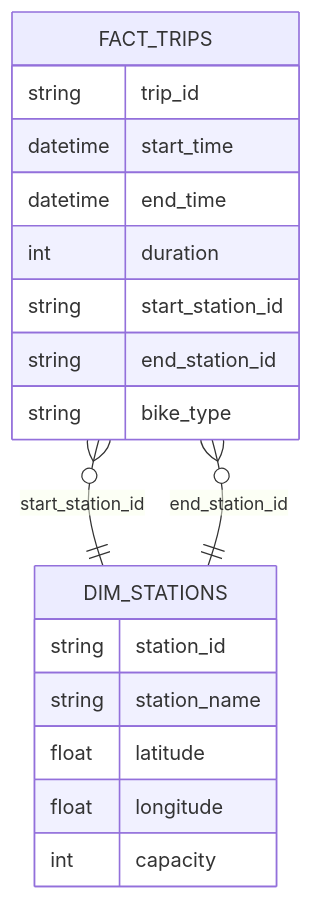
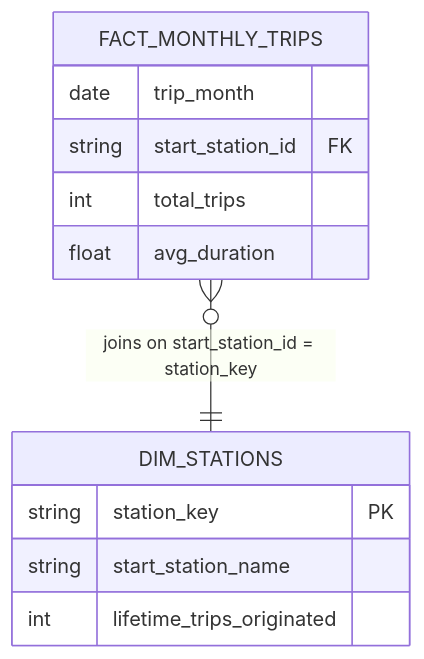
The third of 3 diagrams in README.md (Wali-Mohamed/london-bikes-data-engineering), drawn with Mermaid before and after one commit. The commit also changed other lines of this file, not shown here.

````diff
--- a/README.md
+++ b/README.md
@@ -279,26 +310,20 @@
 ```mermaid
 
 erDiagram
 
-FACT_TRIPS {
-    string trip_id
-    datetime start_time
-    datetime end_time
-    int duration
-    string start_station_id
-    string end_station_id
-    string bike_type
-}
+    FACT_MONTHLY_TRIPS {
+            date trip_month
+            string start_station_id FK
+            int total_trips
+            float avg_duration
+    }
 
-DIM_STATIONS {
-    string station_id
-    string station_name
-    float latitude
-    float longitude
-    int capacity
-}
+    DIM_STATIONS {
+        string station_key PK
+        string start_station_name
+        int lifetime_trips_originated
+    }
 
-FACT_TRIPS }o--|| DIM_STATIONS : start_station_id
-FACT_TRIPS }o--|| DIM_STATIONS : end_station_id
+    FACT_MONTHLY_TRIPS }o--|| DIM_STATIONS : "joins on start_station_id = station_key"
 
 ```
````
